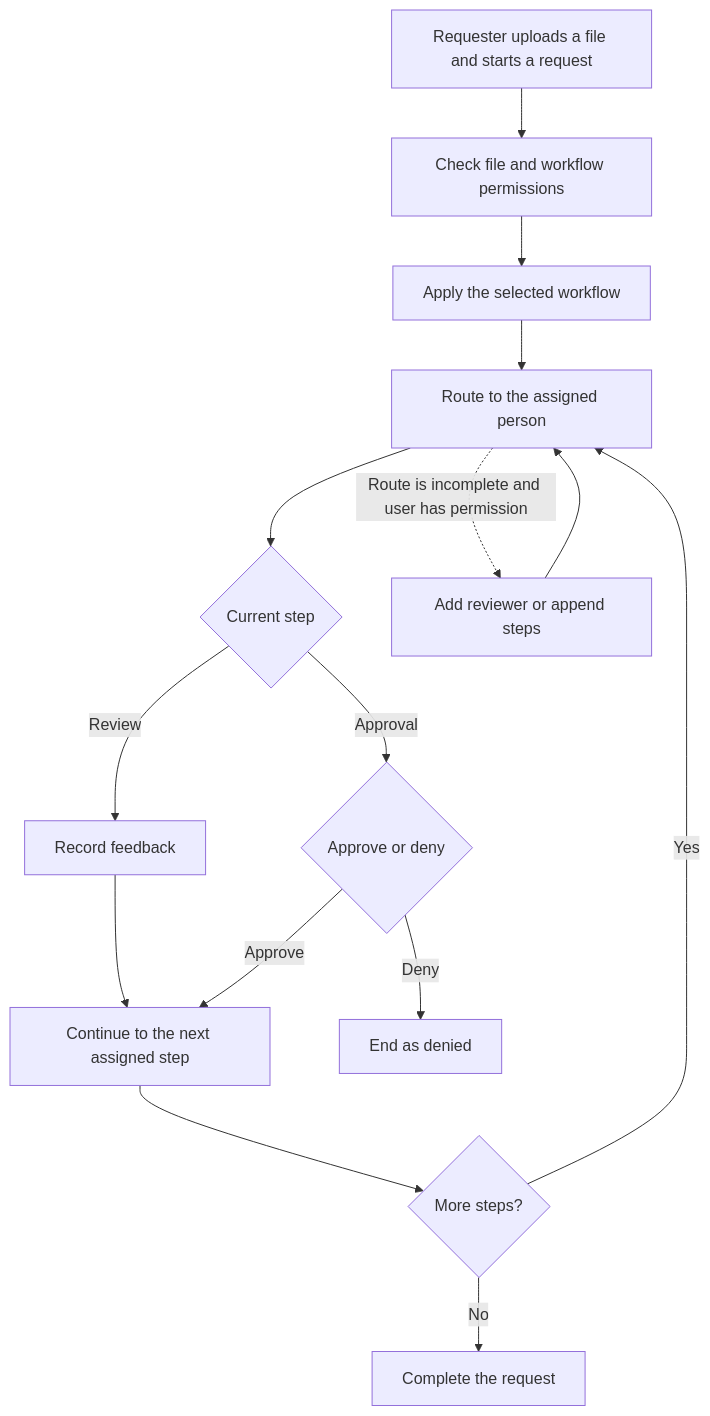
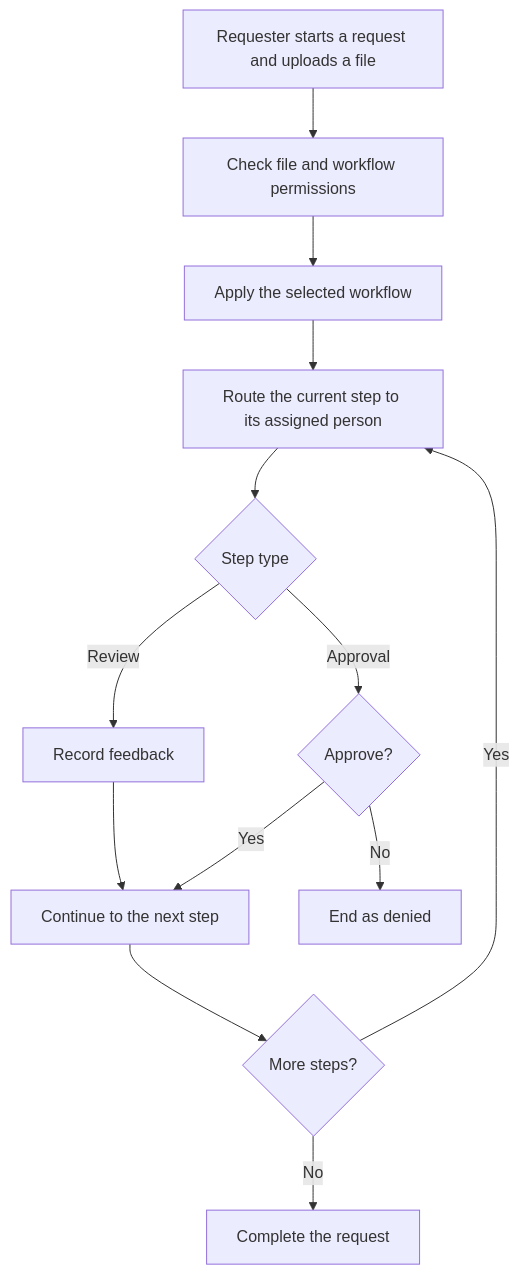
The first of 2 diagrams in _case_studies/approvalflow.md (clrzr/clrzr.github.io), drawn with Mermaid before and after one commit.

Commit message:
Simplify ApprovalFlow workflow diagram

````diff
--- a/_case_studies/approvalflow.md
+++ b/_case_studies/approvalflow.md
@@ -22,17 +22,15 @@
 ```mermaid
 flowchart TD
-    A["Requester uploads a file and starts a request"] --> B["Check file and workflow permissions"]
-    B --> C["Apply the selected workflow"]
-    C --> D["Route to the assigned person"]
-    D --> E{"Current step"}
-    E -->|"Review"| F["Record feedback"]
-    E -->|"Approval"| G{"Approve or deny"}
-    F --> H["Continue to the next assigned step"]
-    G -->|"Approve"| H
-    G -->|"Deny"| I["End as denied"]
-    H --> J{"More steps?"}
-    J -->|"Yes"| D
-    J -->|"No"| K["Complete the request"]
-    D -.->|"Route is incomplete and user has permission"| L["Add reviewer or append steps"]
-    L --> D
+    Start["Requester starts a request and uploads a file"] --> Access["Check file and workflow permissions"]
+    Access --> Workflow["Apply the selected workflow"]
+    Workflow --> Route["Route the current step to its assigned person"]
+    Route --> Step{"Step type"}
+    Step -->|"Review"| Feedback["Record feedback"]
+    Step -->|"Approval"| Decision{"Approve?"}
+    Feedback --> Continue["Continue to the next step"]
+    Decision -->|"Yes"| Continue
+    Decision -->|"No"| Denied["End as denied"]
+    Continue --> More{"More steps?"}
+    More -->|"Yes"| Route
+    More -->|"No"| Complete["Complete the request"]
 ```
````
